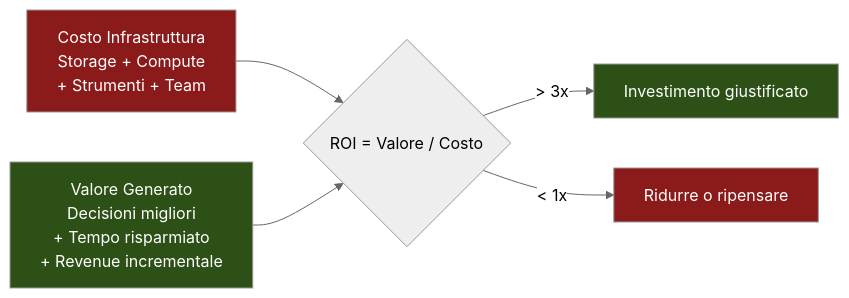
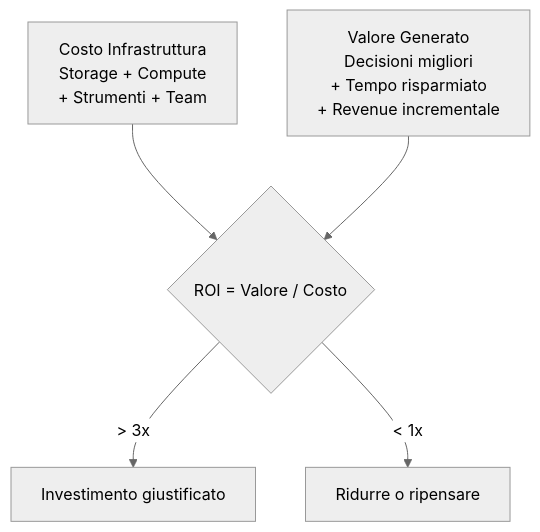
One commit to AndreyBertasini/gynnitech changed the fourth of 4 diagrams in src/content/corso/infrastructure-ops/costs.mdx. Above: the diagram before and after it, drawn with Mermaid (neutral theme). The commit also changed other lines of this file and 110 other files, not shown here.

First line of the commit message:
chore(content): optimize mermaid diagrams for mobile and dark theme

````diff
--- a/src/content/corso/infrastructure-ops/costs.mdx
+++ b/src/content/corso/infrastructure-ops/costs.mdx
@@ -484,21 +475,17 @@
 ```mermaid
-flowchart LR
+flowchart TD
     COST["Costo Infrastruttura
     Storage + Compute
     + Strumenti + Team"]
     --> ROI{"ROI = Valore / Costo"}
 
     VALUE["Valore Generato
     Decisioni migliori
     + Tempo risparmiato
     + Revenue incrementale"]
     --> ROI
 
     ROI -->|"> 3x"| GOOD["Investimento giustificato"]
     ROI -->|"< 1x"| BAD["Ridurre o ripensare"]
 
-    style COST fill:#8b1a1a,color:#ffffff
-    style VALUE fill:#2d5016,color:#ffffff
-    style GOOD fill:#2d5016,color:#ffffff
-    style BAD fill:#8b1a1a,color:#ffffff
 ```
````
